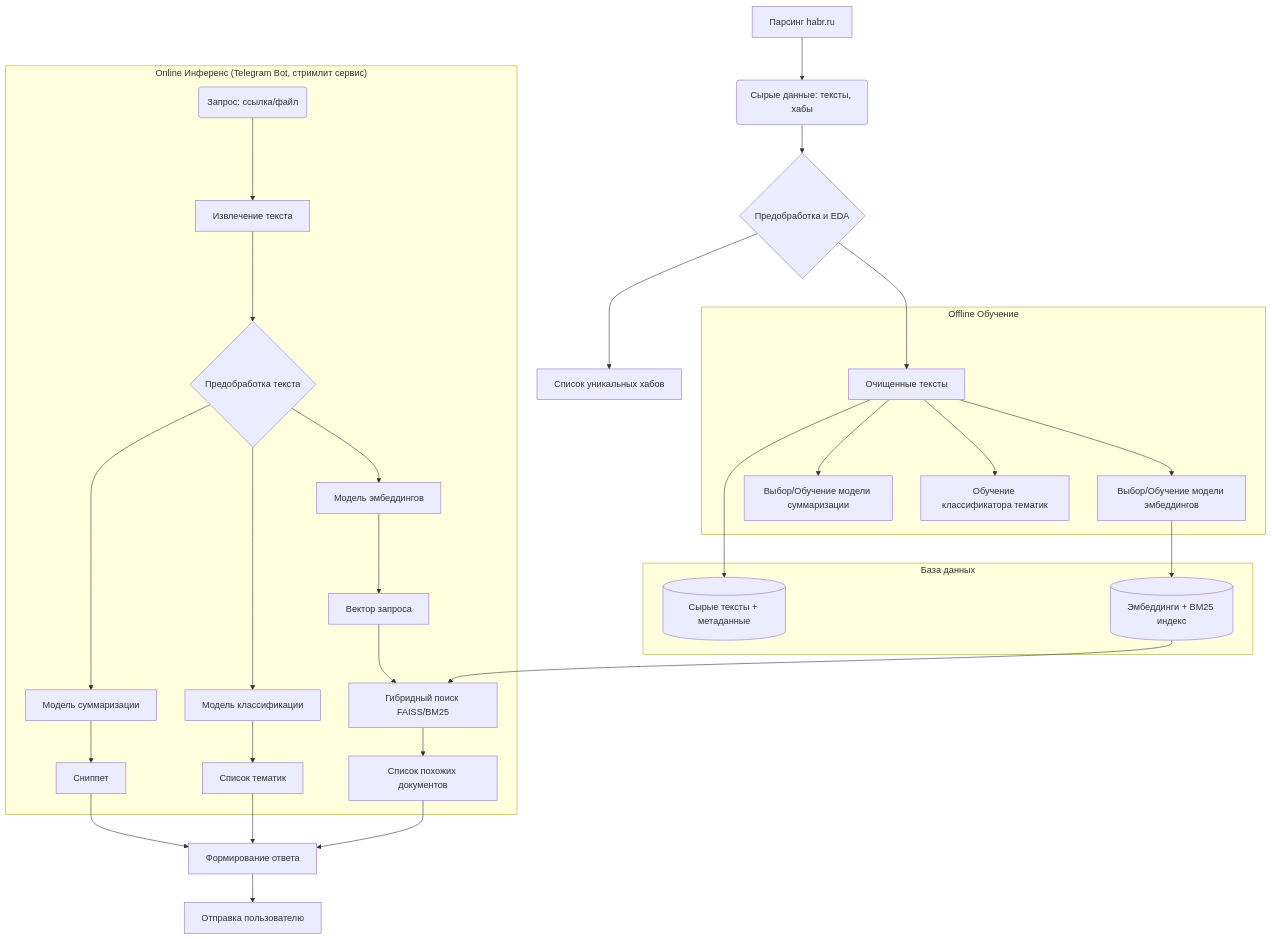
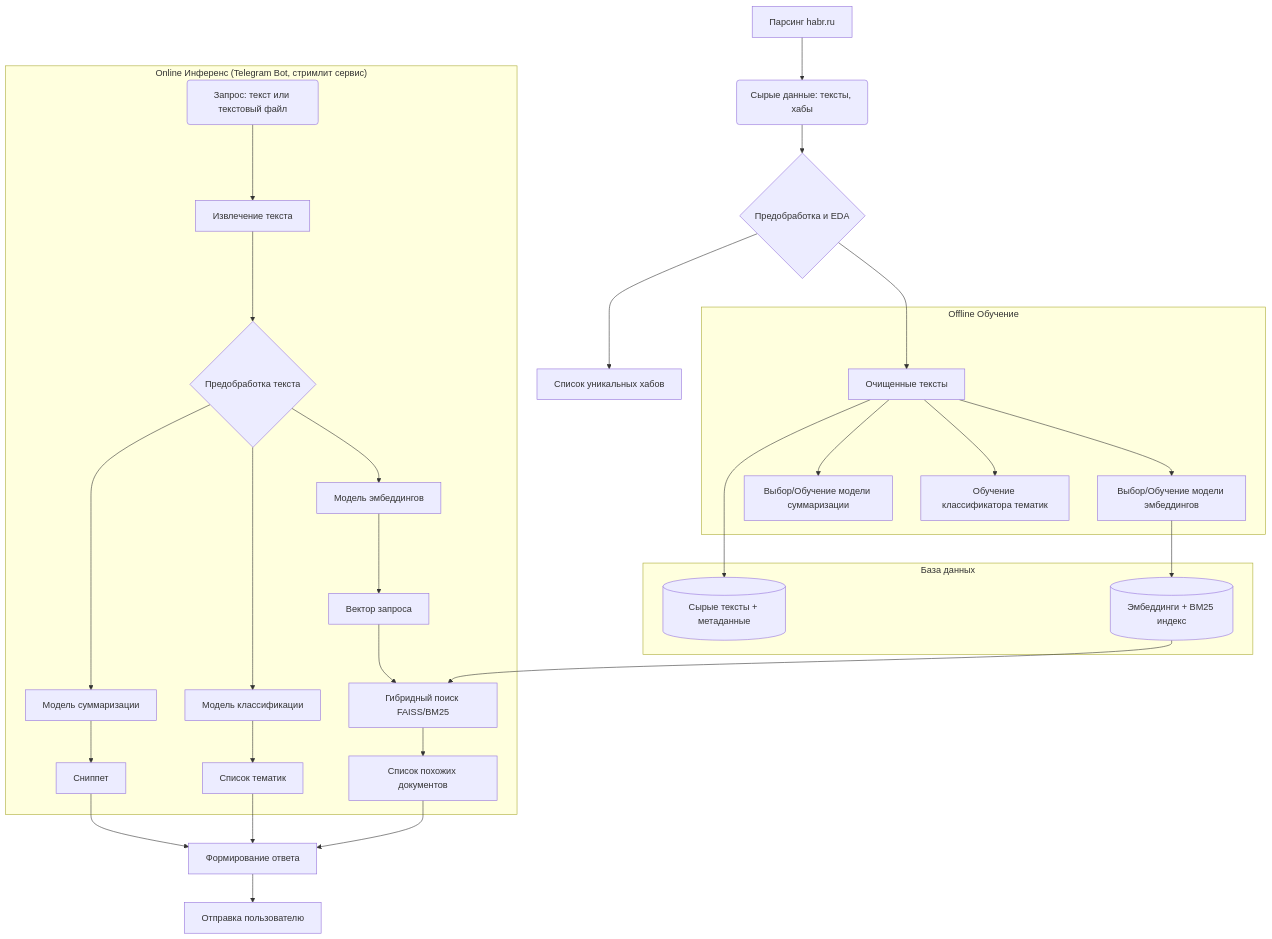
Before and after one commit to boitsov-ivan/document_topic_definition_with_ai: the diagram in ml-system-design-doc.md, drawn with Mermaid.

Commit message:
разработаны очереди для поискового API (rabbit mq и redis), ml-system-design-doc

````diff
--- a/ml-system-design-doc.md
+++ b/ml-system-design-doc.md
@@ -103,40 +103,40 @@
 ```mermaid
 graph TD
     A[Парсинг habr.ru] --> B(Сырые данные: тексты, хабы);
     B --> C{Предобработка и EDA};
     C --> D[Очищенные тексты];
     C --> E[Список уникальных хабов];
 
     subgraph Offline["Offline Обучение"]
         D --> F[Выбор/Обучение модели эмбеддингов];
         D --> G[Обучение классификатора тематик];
         D --> H[Выбор/Обучение модели суммаризации];
     end
 
     subgraph DB["База данных"]
         I[(Сырые тексты + метаданные)];
         J[(Эмбеддинги + BM25 индекс)];
     end
 
     D --> I;
     F --> J;
 
     subgraph Online["Online Инференс (Telegram Bot, стримлит сервис)"]
-        K(Запрос: ссылка/файл) --> L[Извлечение текста];
+        K(Запрос: текст или текстовый файл) --> L[Извлечение текста];
         L --> M{Предобработка текста};
         M --> N[Модель эмбеддингов];
         M --> O[Модель классификации];
         M --> P[Модель суммаризации];
         N --> Q[Вектор запроса];
         Q --> R[Гибридный поиск FAISS/BM25];
         J --> R;
         R --> S[Список похожих документов];
         O --> T[Список тематик];
         P --> U[Сниппет];
     end
 
     S --> V[Формирование ответа];
     T --> V;
     U --> V;
     V --> W[Отправка пользователю];
 ```
````
